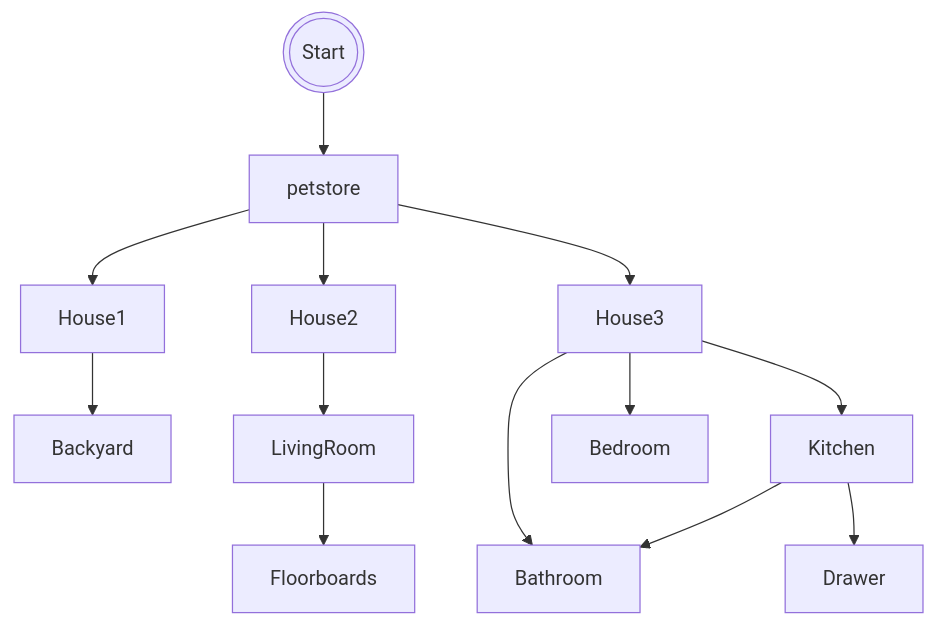
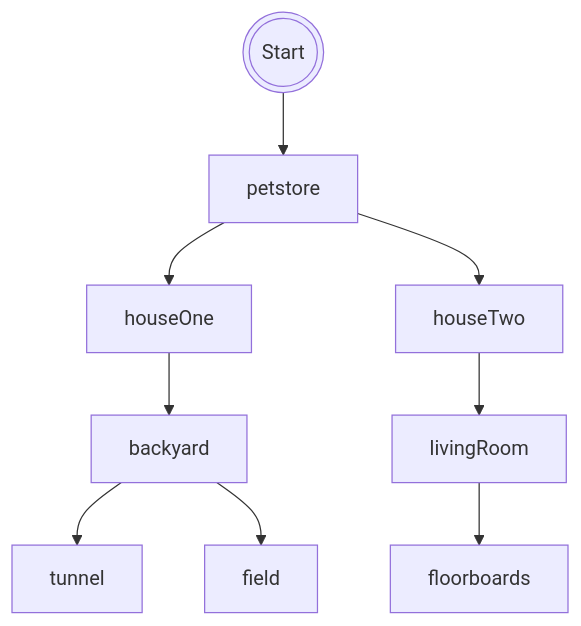
One commit to alice-c44/alice-c44.github.io changed the diagram in projects/game/README.md. Above: the diagram before and after it, drawn with Mermaid. The commit also changed other lines of this file, not shown here.

````diff
--- a/projects/game/README.md
+++ b/projects/game/README.md
@@ -9,15 +9,11 @@
 ```mermaid
 graph TD;
     Start(((Start)))-->petstore;
-    petstore-->House1;
-    House1-->Backyard;
-    petstore-->House2;
-    House2-->LivingRoom;
-    LivingRoom-->Floorboards
-    petstore-->House3;
-    House3-->Kitchen;
-    House3-->Bedroom;
-    House3-->Bathroom;
-    Kitchen-->Bathroom;
-    Kitchen-->Drawer
+    petstore-->houseOne;
+    houseOne-->backyard;
+    backyard-->tunnel;
+    backyard-->field;
+    petstore-->houseTwo;
+    houseTwo-->livingRoom;
+    livingRoom-->floorboards;
 ```
````
